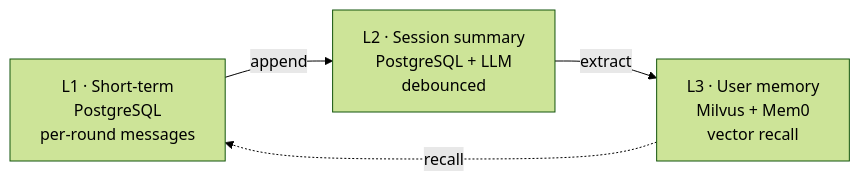
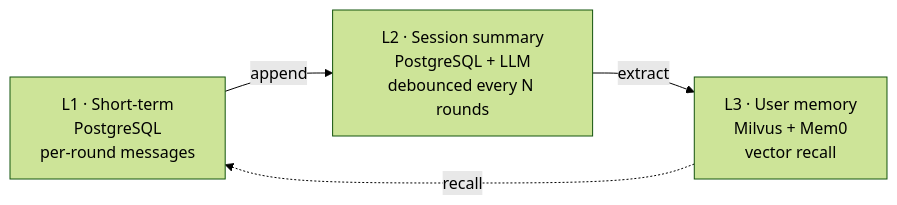
Before and after one commit to mcgrapeng/Thinkback: the diagram in README.md, drawn with Mermaid (forest theme). The commit also changed other lines of this file, not shown here.

````diff
--- a/README.md
+++ b/README.md
@@ -45,9 +103,9 @@
 ```mermaid
 flowchart LR
     L1["L1 · Short-term<br/>PostgreSQL<br/>per-round messages"]
-    L2["L2 · Session summary<br/>PostgreSQL + LLM<br/>debounced"]
+    L2["L2 · Session summary<br/>PostgreSQL + LLM<br/>debounced every N rounds"]
     L3["L3 · User memory<br/>Milvus + Mem0<br/>vector recall"]
     L1 -->|append| L2
     L2 -->|extract| L3
     L3 -.->|recall| L1
 ```
````
